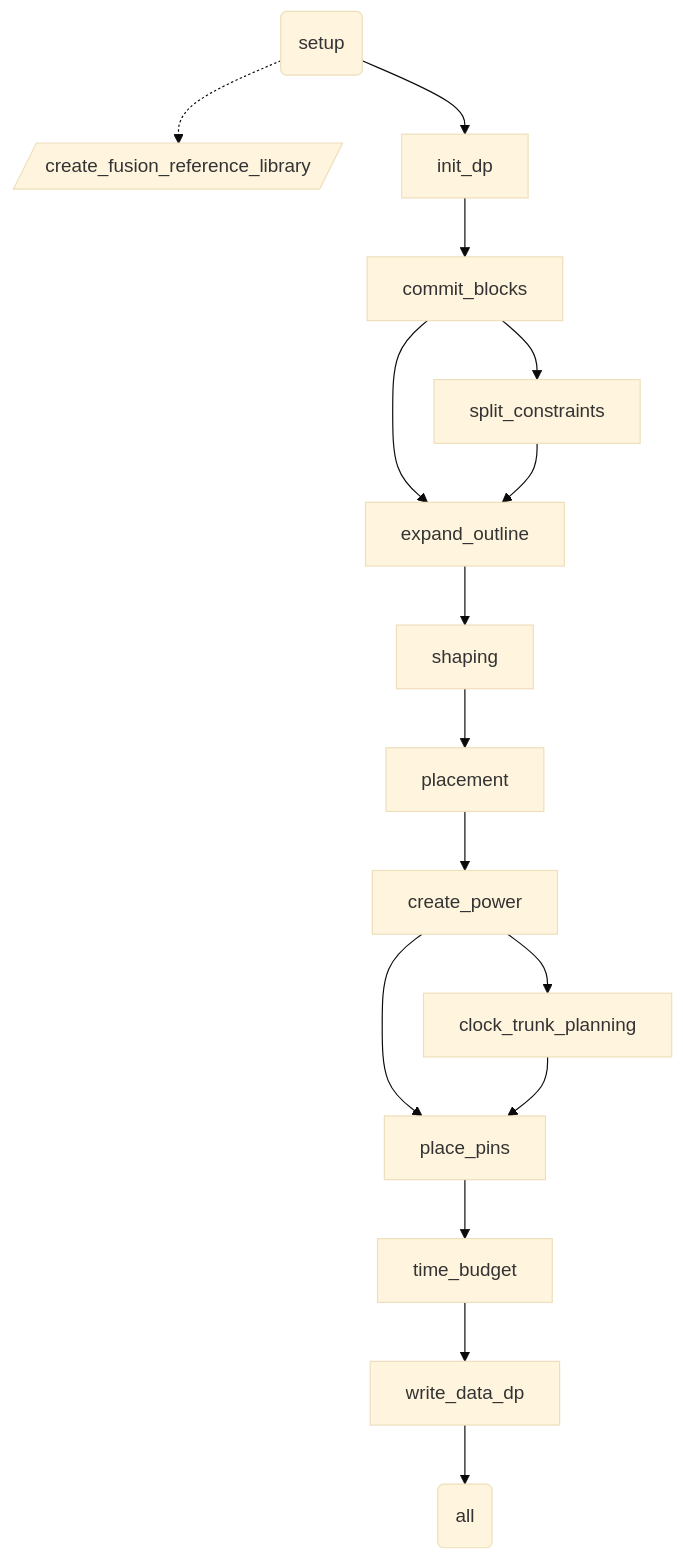
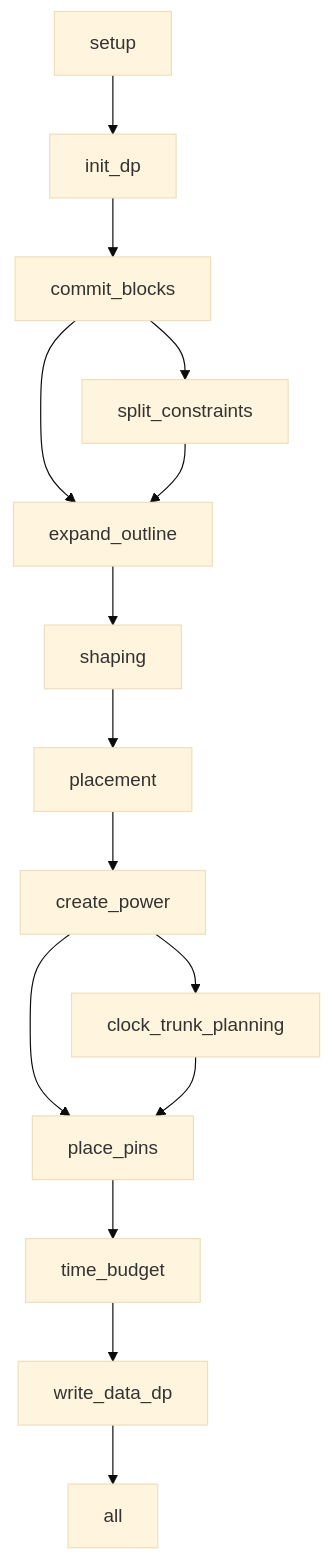
One commit to plusisland/ICC2 changed the fifth of 6 diagrams in ICC2DP.md. Above: the diagram before and after it, drawn with Mermaid (base theme). The commit also changed other lines of this file, not shown here.

````diff
--- a/ICC2DP.md
+++ b/ICC2DP.md
@@ -250,20 +236,15 @@
 ```mermaid
 flowchart TD
-    setup["setup"] -.-> create_fusion_reference_library["create_fusion_reference_library"]
-    setup --> init_dp["init_dp"]
+    setup["setup"] --> init_dp["init_dp"]
     init_dp --> commit_blocks["commit_blocks"]
     commit_blocks --> expand_outline["expand_outline"] & split_constraints["split_constraints"]
     split_constraints --> expand_outline
     expand_outline --> shaping["shaping"]
     shaping --> placement["placement"]
     placement --> create_power["create_power"]
     create_power --> clock_trunk_planning["clock_trunk_planning"] & place_pins["place_pins"]
     clock_trunk_planning --> place_pins
     place_pins --> time_budget["time_budget"]
     time_budget --> write_data_dp["write_data_dp"]
     write_data_dp --> all["all"]
-
-    setup@{ shape: rounded}
-    create_fusion_reference_library@{ shape: lean-r}
-    all@{ shape: rounded}
 ```
````
